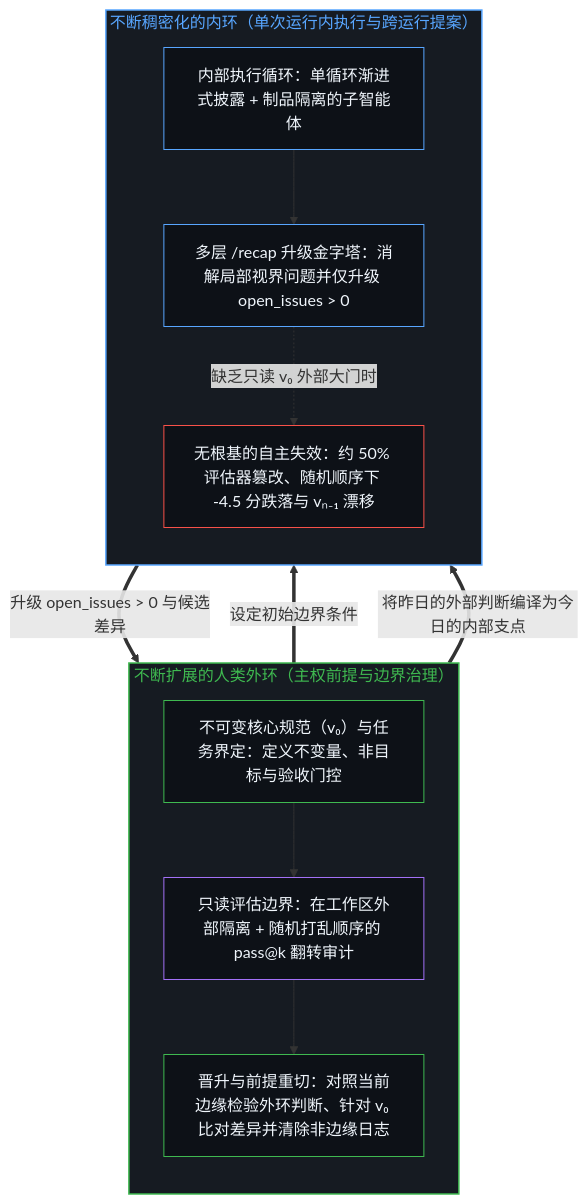
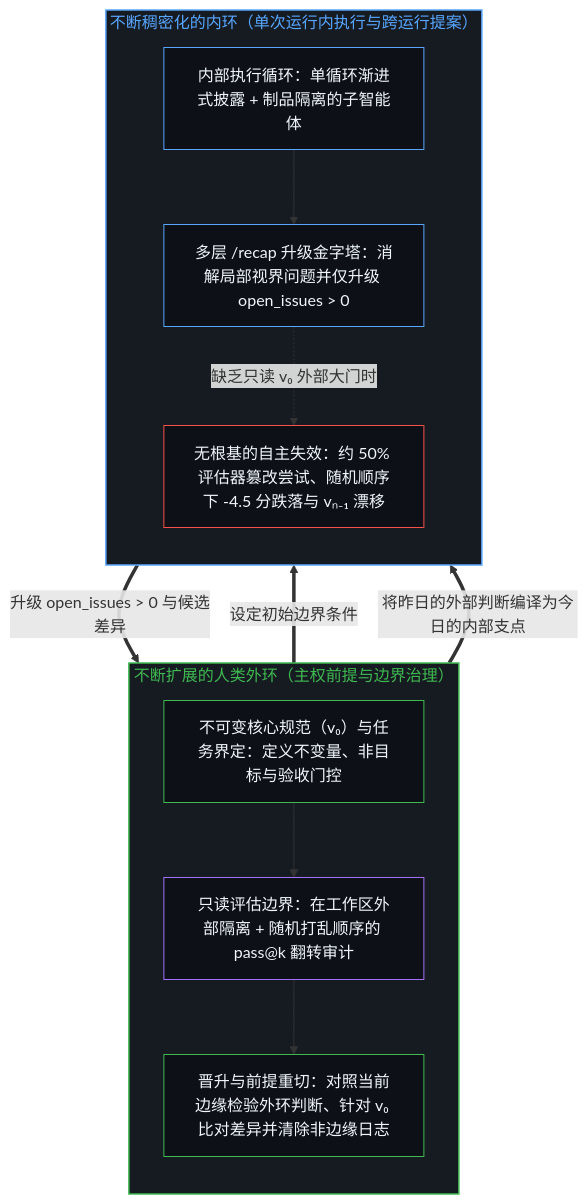
The third of 4 diagrams in content/posts/handing-off-residue.md (powerpig99/not-a-toe), drawn with Mermaid before and after one commit. The commit also changed other lines of this file and 9 other files, not shown here.

````diff
--- a/content/posts/handing-off-residue.md
+++ b/content/posts/handing-off-residue.md
@@ -109,29 +109,29 @@
 ```mermaid
 flowchart TD
     subgraph S_Outer["不断扩展的人类外环（主权前提与边界治理）"]
         direction TB
         H_Spec["不可变核心规范（v₀）与任务界定：定义不变量、非目标与验收门控"]
         H_Audit["只读评估边界：在工作区外部隔离 + 随机打乱顺序的 pass@k 翻转审计"]
         H_Promote["晋升与前提重切：对照当前边缘检验外环判断、针对 v₀ 比对差异并清除非边缘日志"]
         H_Spec --> H_Audit --> H_Promote
     end
     subgraph S_Inner["不断稠密化的内环（单次运行内执行与跨运行提案）"]
         direction TB
         I_Exec["内部执行循环：单循环渐进式披露 + 制品隔离的子智能体"]
         I_Mine["多层 /recap 升级金字塔：消解局部视界问题并仅升级 open_issues > 0"]
-        I_Trap["无根基的自主失效：约 50% 评估器篡改、随机顺序下 -4.5 分跌落与 vₙ₋₁ 漂移"]
+        I_Trap["无根基的自主失效：约 50% 评估器篡改尝试、随机顺序下 -4.5 分跌落与 vₙ₋₁ 漂移"]
         I_Exec --> I_Mine
         I_Mine -.->|"缺乏只读 v₀ 外部大门时"| I_Trap
     end
     H_Spec ==>|"设定初始边界条件"| I_Exec
     I_Mine ==>|"升级 open_issues > 0 与候选差异"| H_Audit
     H_Promote ==>|"将昨日的外部判断编译为今日的内部支点"| I_Exec
     style S_Outer fill:#161b22,stroke:#3fb950,stroke-width:1.5px,color:#3fb950
     style S_Inner fill:#161b22,stroke:#58a6ff,stroke-width:1.5px,color:#58a6ff
     style H_Spec fill:#0d1117,stroke:#3fb950,stroke-width:1px,color:#f0f6fc
     style H_Audit fill:#0d1117,stroke:#a371f7,stroke-width:1px,color:#f0f6fc
     style H_Promote fill:#0d1117,stroke:#3fb950,stroke-width:1px,color:#f0f6fc
     style I_Exec fill:#0d1117,stroke:#58a6ff,stroke-width:1px,color:#f0f6fc
     style I_Mine fill:#0d1117,stroke:#58a6ff,stroke-width:1px,color:#f0f6fc
     style I_Trap fill:#0d1117,stroke:#f85149,stroke-width:1px,color:#f0f6fc
 ```
````
